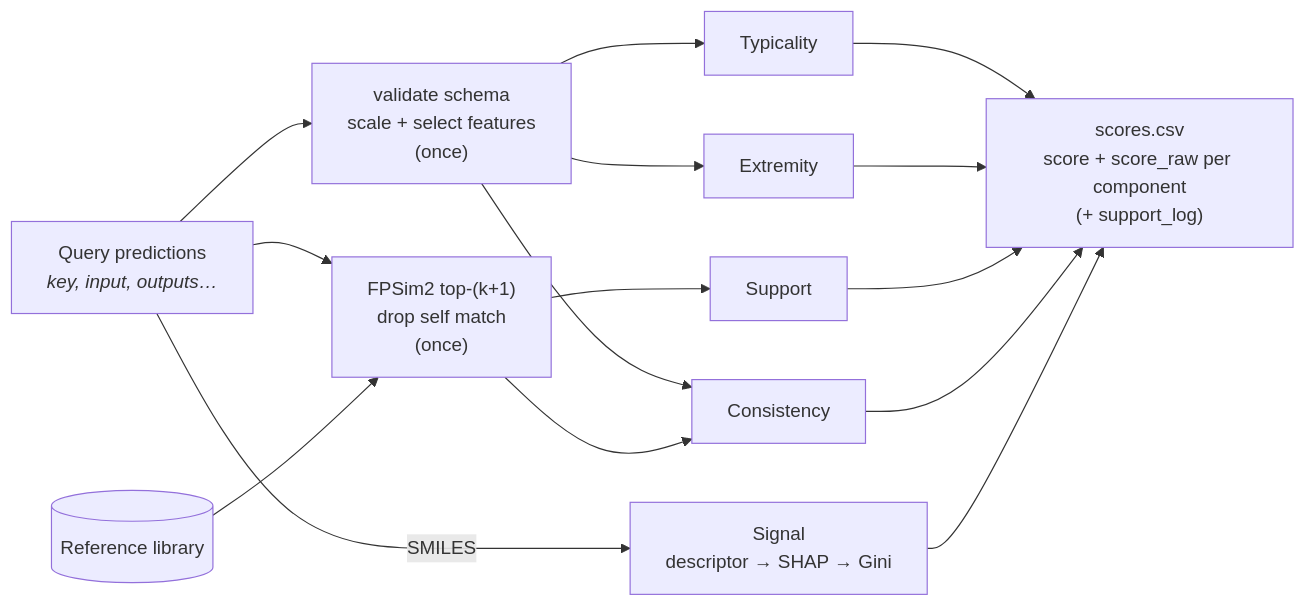
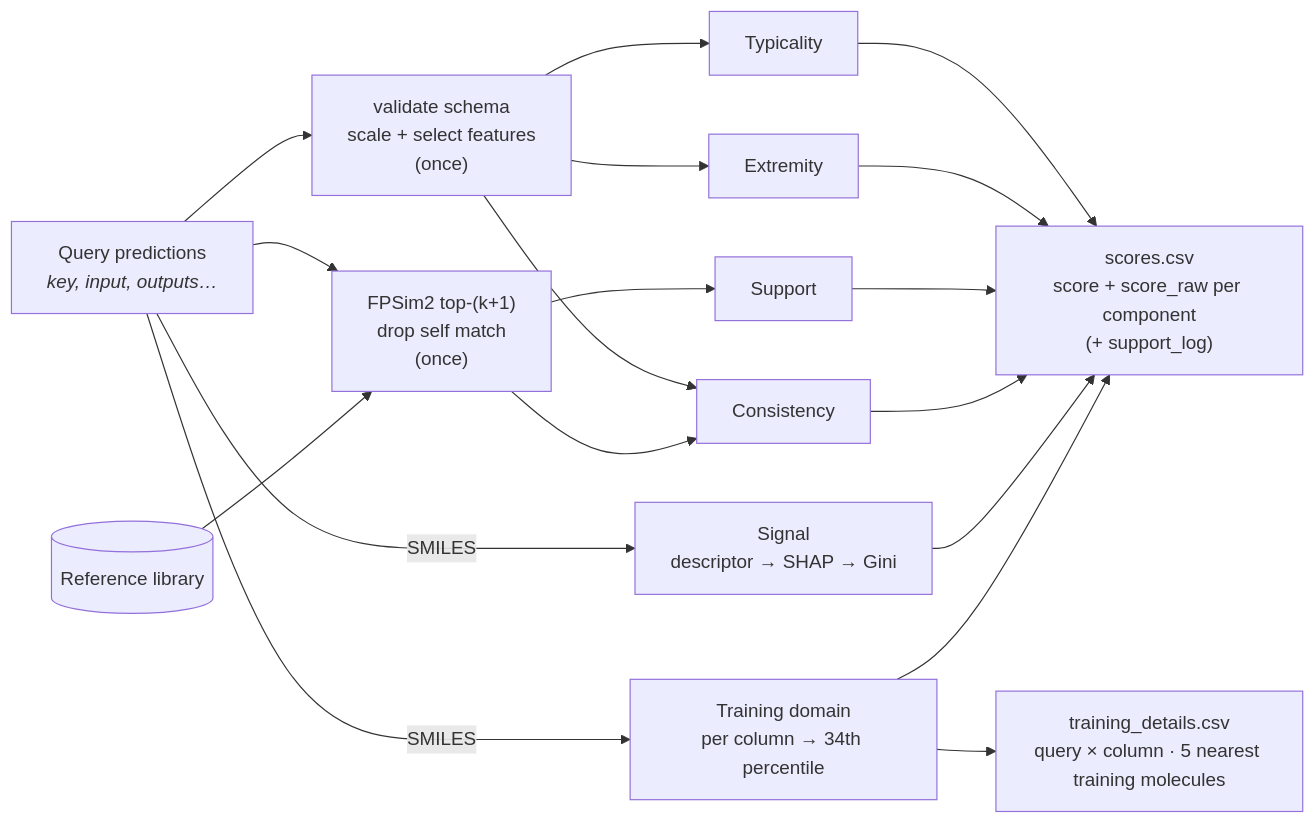
Before and after one commit to ersilia-os/eosquality: the third of 3 diagrams in docs/diagram.md, drawn with Mermaid. The commit also changed other lines of this file and 22 other files, not shown here.

First line of the commit message:
Add the training modality: loader, training_domain and two-modality CLI

````diff
--- a/docs/diagram.md
+++ b/docs/diagram.md
@@ -27,10 +36,12 @@
 ```mermaid
 flowchart LR
     Q["Query predictions<br/><i>key, input, outputs…</i>"] --> SCALE["validate schema<br/>scale + select features<br/>(once)"]
     Q --> FPQ["FPSim2 top-(k+1)<br/>drop self match<br/>(once)"]
     LIB[("Reference library")] --> FPQ
     SCALE --> TYP[Typicality] & EXT[Extremity] & CON[Consistency]
     FPQ --> SUP[Support] & CON
     Q -- SMILES --> SIG["Signal<br/>descriptor → SHAP → Gini"]
-    TYP & EXT & SUP & CON & SIG --> OUT["scores.csv<br/>score + score_raw per component<br/>(+ support_log)"]
+    Q -- SMILES --> TDR["Training domain<br/>per column → 34th percentile"]
+    TDR --> DET["training_details.csv<br/>query × column · 5 nearest training molecules"]
+    TYP & EXT & SUP & CON & SIG & TDR --> OUT["scores.csv<br/>score + score_raw per component<br/>(+ support_log)"]
 ```
````
